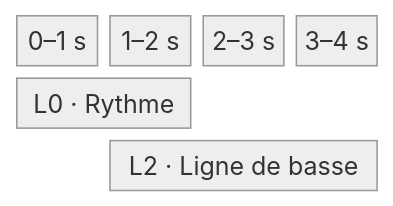
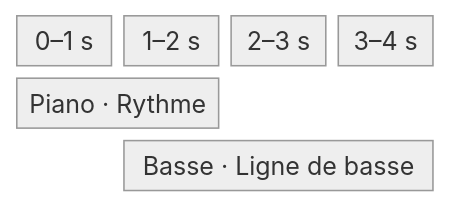
One commit to LucasBertrand/pianola-doc changed the second of 4 diagrams in etudes-de-cas.md. Above: the diagram before and after it, drawn with Mermaid (neutral theme). The commit also changed other lines of this file and 1 other file, not shown here.

````diff
--- a/etudes-de-cas.md
+++ b/etudes-de-cas.md
@@ -55,7 +59,7 @@
 ```mermaid
 block-beta
     columns 4
     t0["0–1 s"] t1["1–2 s"] t2["2–3 s"] t3["3–4 s"]
-    rythme["L0 · Rythme"]:2 space:2
-    space basse["L2 · Ligne de basse"]:3
+    rythme["Piano · Rythme"]:2 space:2
+    space basse["Basse · Ligne de basse"]:3
 ```
````
